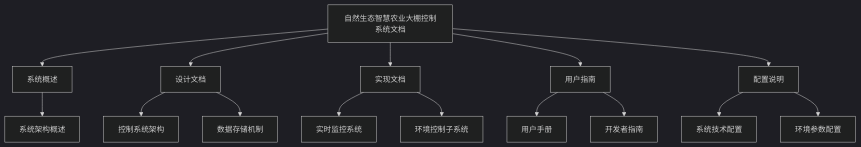
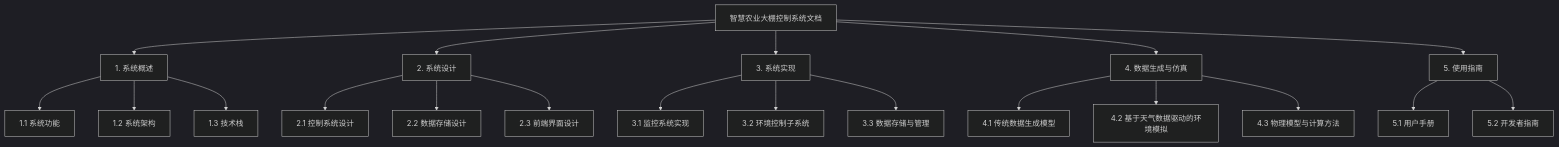
One commit to GrooveWJH/IntelliAgriculture changed the diagram in docs/README.md. Above: the diagram before and after it, drawn with Mermaid (dark theme). The commit also changed other lines of this file and 20 other files, not shown here.

````diff
--- a/docs/README.md
+++ b/docs/README.md
@@ -7,22 +7,27 @@
 ```mermaid
 graph TD
-    A[自然生态智慧农业大棚控制系统文档] --> B[系统概述]
-    A --> C[设计文档]
-    A --> D[实现文档]
-    A --> E[用户指南]
-    A --> F[配置说明]
+    A[智慧农业大棚控制系统文档] --> B[1. 系统概述]
+    A --> C[2. 系统设计]
+    A --> D[3. 系统实现]
+    A --> E[4. 数据生成与仿真]
+    A --> F[5. 使用指南]
     
-    B --> B1[系统架构概述]
+    B --> B1[1.1 系统功能]
+    B --> B2[1.2 系统架构]
+    B --> B3[1.3 技术栈]
     
-    C --> C1[控制系统架构]
-    C --> C2[数据存储机制]
+    C --> C1[2.1 控制系统设计]
+    C --> C2[2.2 数据存储设计]
+    C --> C3[2.3 前端界面设计]
     
-    D --> D1[实时监控系统]
-    D --> D2[环境控制子系统]
+    D --> D1[3.1 监控系统实现]
+    D --> D2[3.2 环境控制子系统]
+    D --> D3[3.3 数据存储与管理]
     
-    E --> E1[用户手册]
-    E --> E2[开发者指南]
+    E --> E1[4.1 传统数据生成模型]
+    E --> E2[4.2 基于天气数据驱动的环境模拟]
+    E --> E3[4.3 物理模型与计算方法]
     
-    F --> F1[系统技术配置]
-    F --> F2[环境参数配置]
+    F --> F1[5.1 用户手册]
+    F --> F2[5.2 开发者指南]
 ```
````
